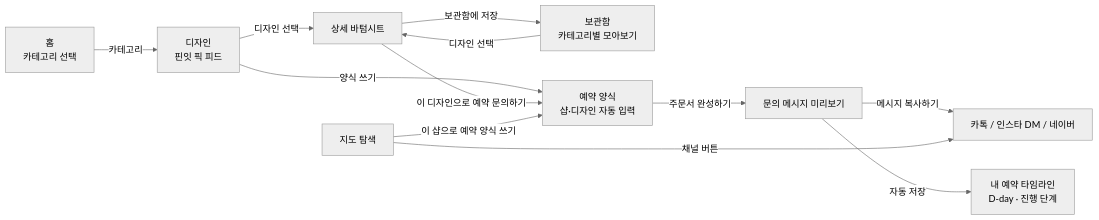
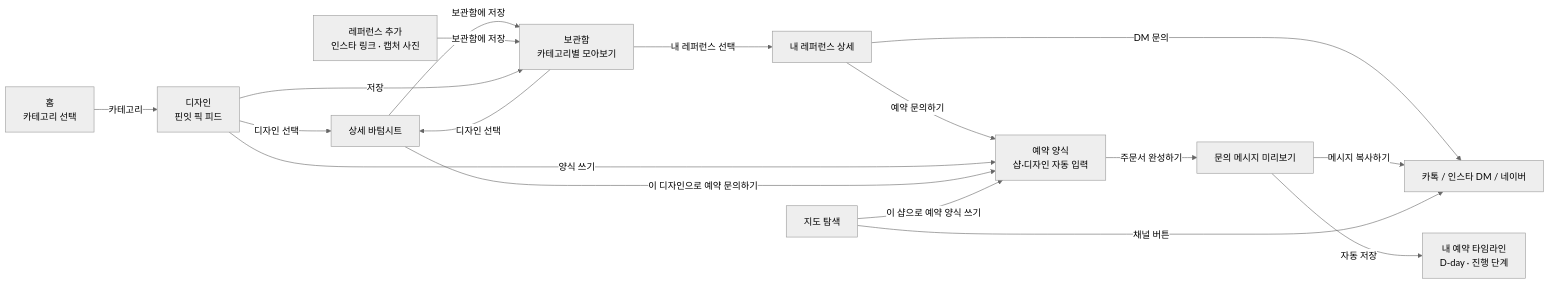
Before and after one commit to yeonland/pinit-app: the diagram in README.md, drawn with Mermaid (neutral theme). The commit also changed other lines of this file and 14 other files, not shown here.

````diff
--- a/README.md
+++ b/README.md
@@ -40,14 +41,19 @@
 ```mermaid
 flowchart LR
     Z[홈<br/>카테고리 선택] -->|카테고리| A[디자인<br/>핀잇 픽 피드]
     A -->|디자인 선택| B[상세 바텀시트]
     B -->|보관함에 저장| H[보관함<br/>카테고리별 모아보기]
     H -->|디자인 선택| B
+    R[레퍼런스 추가<br/>인스타 링크 · 캡처 사진] -->|보관함에 저장| H
+    H -->|내 레퍼런스 선택| M[내 레퍼런스 상세]
+    M -->|DM 문의| E
+    M -->|예약 문의하기| C
+    A -->|저장| H
     A -->|양식 쓰기| C
     B -->|이 디자인으로 예약 문의하기| C[예약 양식<br/>샵·디자인 자동 입력]
     F[지도 탐색] -->|이 샵으로 예약 양식 쓰기| C
     C -->|주문서 완성하기| D[문의 메시지 미리보기]
     D -->|메시지 복사하기| E[카톡 / 인스타 DM / 네이버]
     D -->|자동 저장| G[내 예약 타임라인<br/>D-day · 진행 단계]
     F -->|채널 버튼| E
 ```
````
